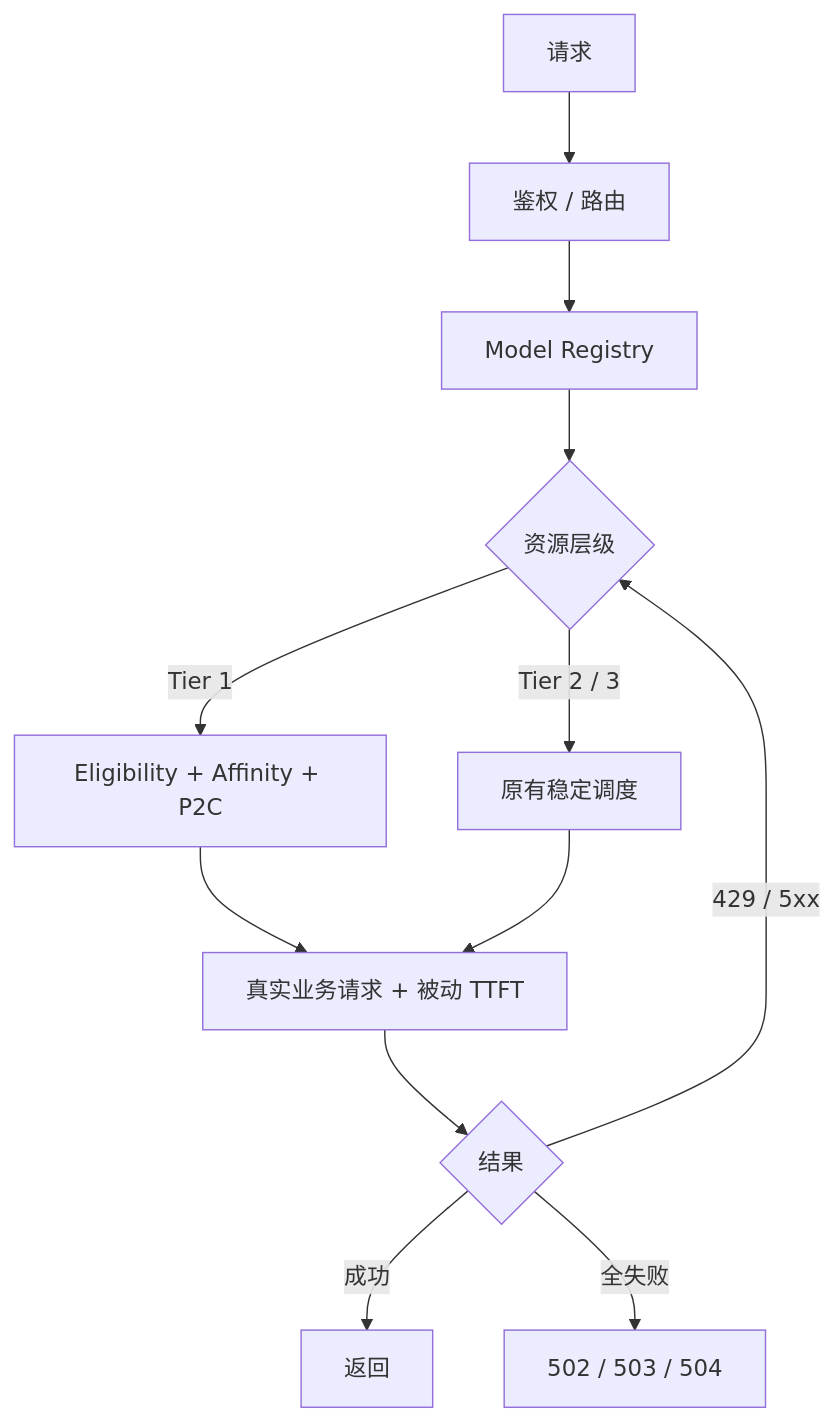
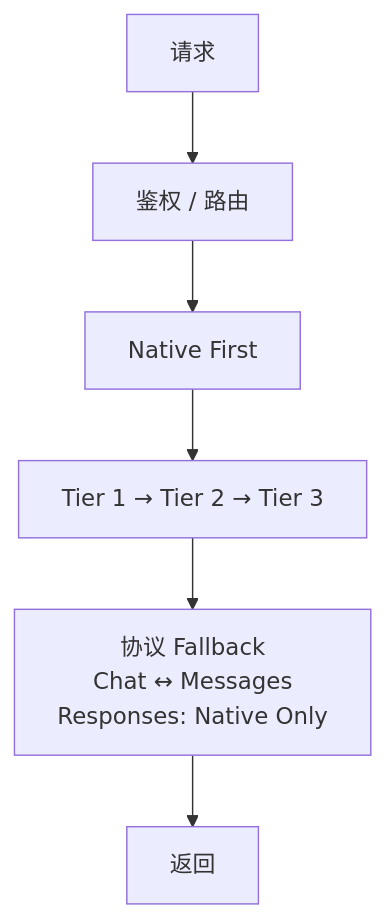
One commit to fongap/ai-gateway changed the diagram in README.md. Above: the diagram before and after it, drawn with Mermaid. The commit also changed other lines of this file, not shown here.

````diff
--- a/README.md
+++ b/README.md
@@ -21,14 +13,8 @@
 ```mermaid
 flowchart TB
     A[请求] --> B[鉴权 / 路由]
-    B --> C[Model Registry]
-    C --> D{资源层级}
-    D -- Tier 1 --> E[Eligibility + Affinity + P2C]
-    D -- Tier 2 / 3 --> F[原有稳定调度]
-    E --> G[真实业务请求 + 被动 TTFT]
-    F --> G
-    G --> H{结果}
-    H -- 成功 --> I[返回]
-    H -- 429 / 5xx --> D
-    H -- 全失败 --> J[502 / 503 / 504]
+    B --> C[Native First]
+    C --> D[Tier 1 → Tier 2 → Tier 3]
+    D --> E["协议 Fallback<br/>Chat ↔ Messages<br/>Responses: Native Only"]
+    E --> F[返回]
 ```
````
